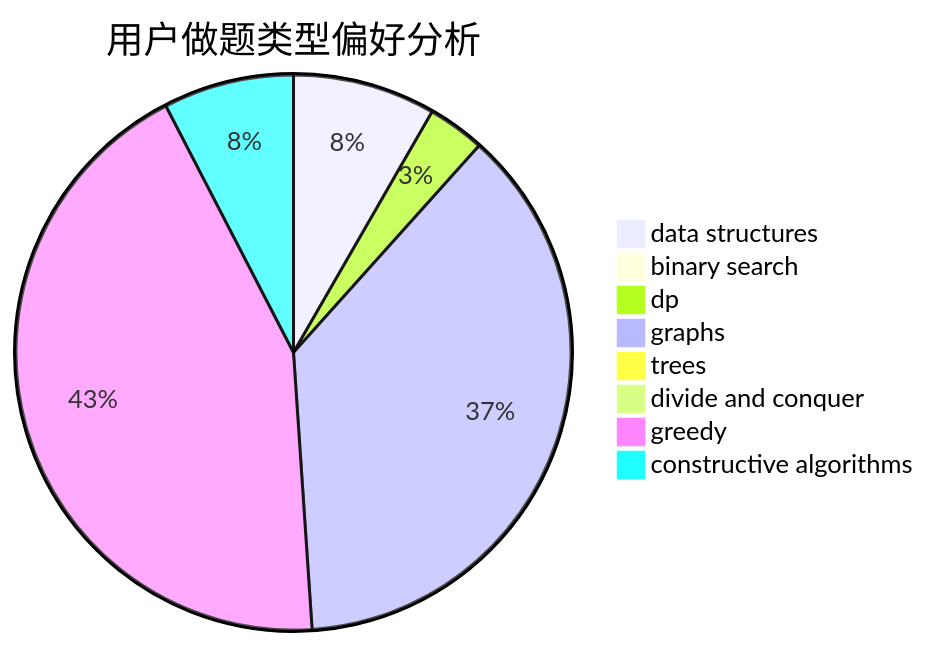
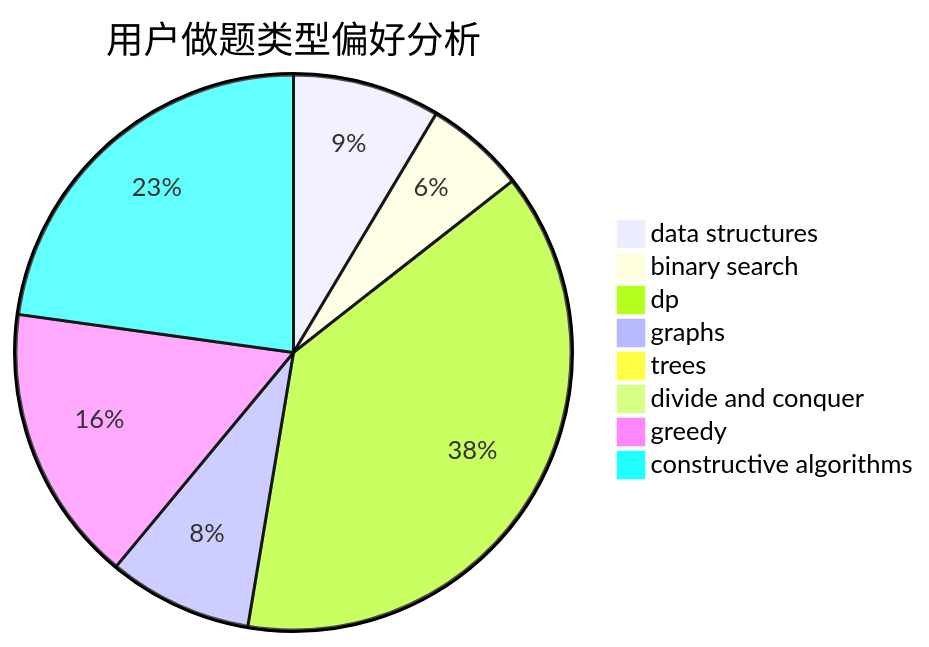
Before and after one commit to sherpahu/cfrs.github.io: the second of 3 diagrams in docs/user/u770.md, drawn with Mermaid. The commit also changed other lines of this file and 2770 other files, not shown here.

````diff
--- a/docs/user/u770.md
+++ b/docs/user/u770.md
@@ -23,11 +23,11 @@
 ```mermaid
 pie title 用户做题类型偏好分析
-    "data structures" :  35
-    "binary search" :  0
-    "dp" :  14
-    "graphs" :  157
-    "trees" :  1
-    "divide and conquer" :  0
-    "greedy" :  183
-    "constructive algorithms" :  32
+    "data structures" :  44
+    "binary search" :  30
+    "dp" :  196
+    "graphs" :  43
+    "trees" :  0
+    "divide and conquer" :  2
+    "greedy" :  83
+    "constructive algorithms" :  117
 ```
````
